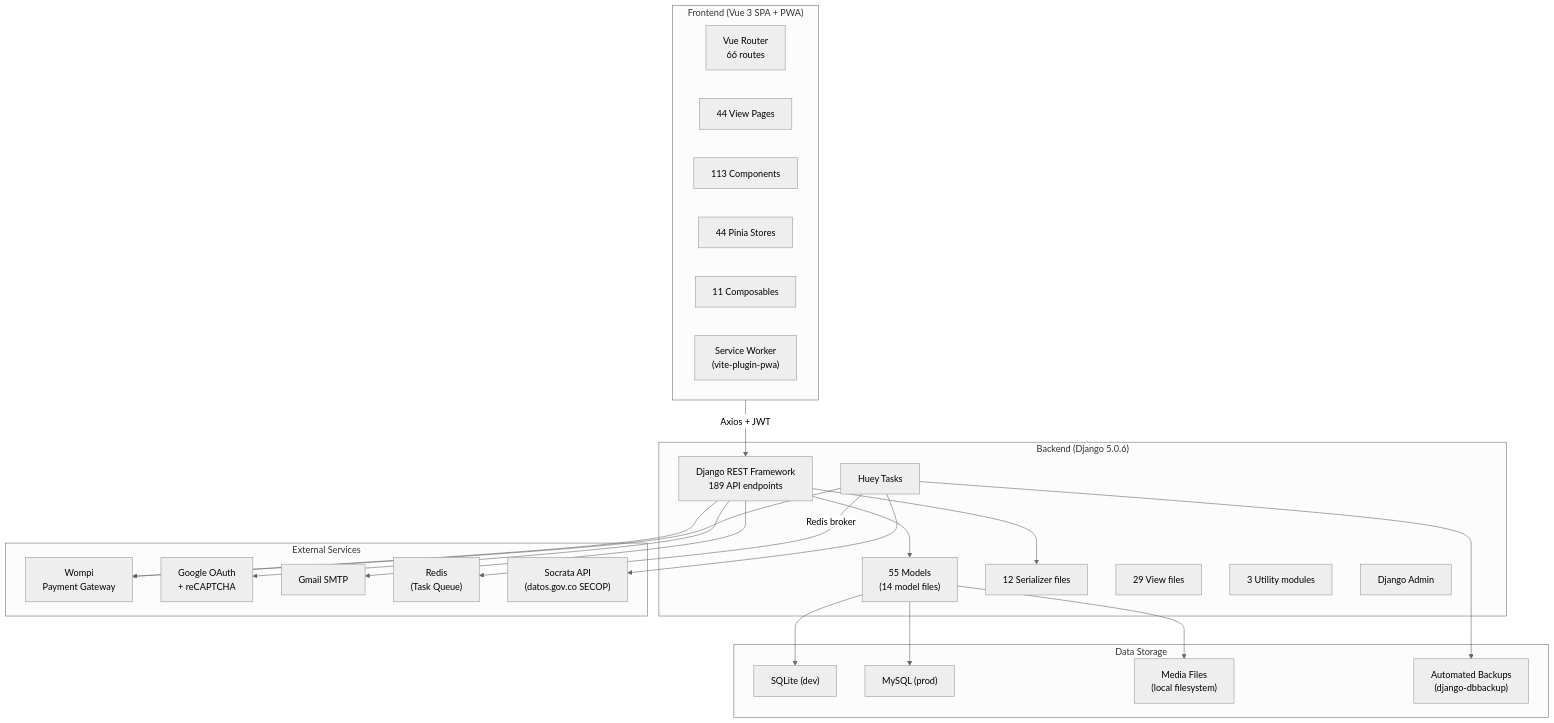
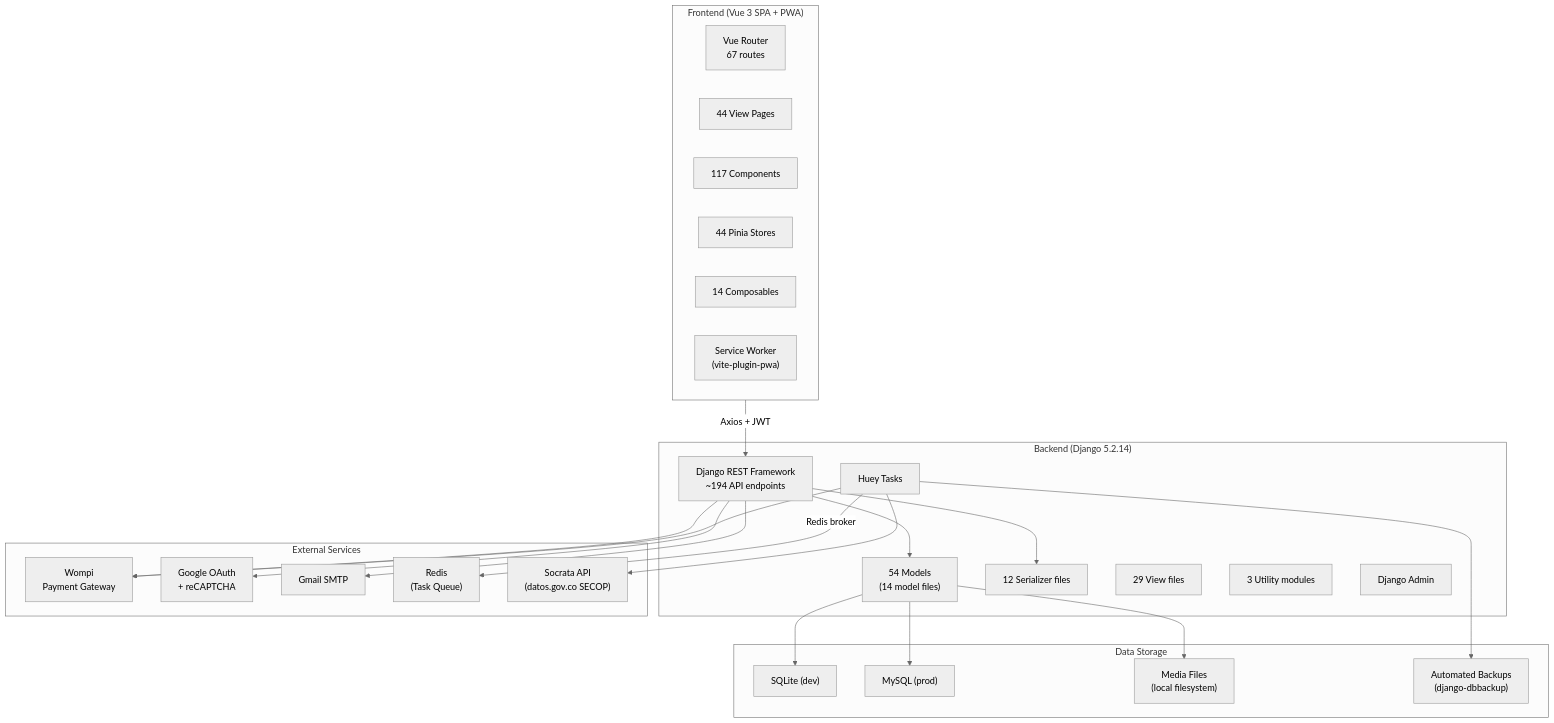
One commit to carlos18bp/gym_project changed the first of 8 diagrams in docs/methodology/architecture.md. Above: the diagram before and after it, drawn with Mermaid (neutral theme). The commit also changed other lines of this file and 15 other files, not shown here.

Commit message:
FEAT: add notification/signature-reminder/offline test coverage + flow tracking

````diff
--- a/docs/methodology/architecture.md
+++ b/docs/methodology/architecture.md
@@ -5,50 +5,50 @@
 ```mermaid
 flowchart TB
     subgraph Client["Frontend (Vue 3 SPA + PWA)"]
-        Router["Vue Router\n66 routes"]
+        Router["Vue Router\n67 routes"]
         Views["44 View Pages"]
-        Components["113 Components"]
+        Components["117 Components"]
         Stores["44 Pinia Stores"]
-        Composables["11 Composables"]
+        Composables["14 Composables"]
         SW["Service Worker\n(vite-plugin-pwa)"]
     end
 
-    subgraph Server["Backend (Django 5.0.6)"]
-        DRF["Django REST Framework\n189 API endpoints"]
-        Models["55 Models\n(14 model files)"]
+    subgraph Server["Backend (Django 5.2.14)"]
+        DRF["Django REST Framework\n~194 API endpoints"]
+        Models["54 Models\n(14 model files)"]
         Serializers["12 Serializer files"]
         Views_BE["29 View files"]
         Utils["3 Utility modules"]
         Tasks["Huey Tasks"]
         Admin["Django Admin"]
     end
 
     subgraph External["External Services"]
         Wompi["Wompi\nPayment Gateway"]
         Google["Google OAuth\n+ reCAPTCHA"]
         SMTP["Gmail SMTP"]
         Redis["Redis\n(Task Queue)"]
         Socrata["Socrata API\n(datos.gov.co SECOP)"]
     end
 
     subgraph Storage["Data Storage"]
         DB_Dev["SQLite (dev)"]
         DB_Prod["MySQL (prod)"]
         Media["Media Files\n(local filesystem)"]
         Backups["Automated Backups\n(django-dbbackup)"]
     end
 
     Client -->|"Axios + JWT"| DRF
     DRF --> Models
     DRF --> Serializers
     Models --> DB_Dev
     Models --> DB_Prod
     Models --> Media
     Tasks -->|"Redis broker"| Redis
     Tasks --> Wompi
     Tasks --> Backups
     DRF --> SMTP
     DRF --> Google
     DRF --> Wompi
     Tasks --> Socrata
 ```
````
